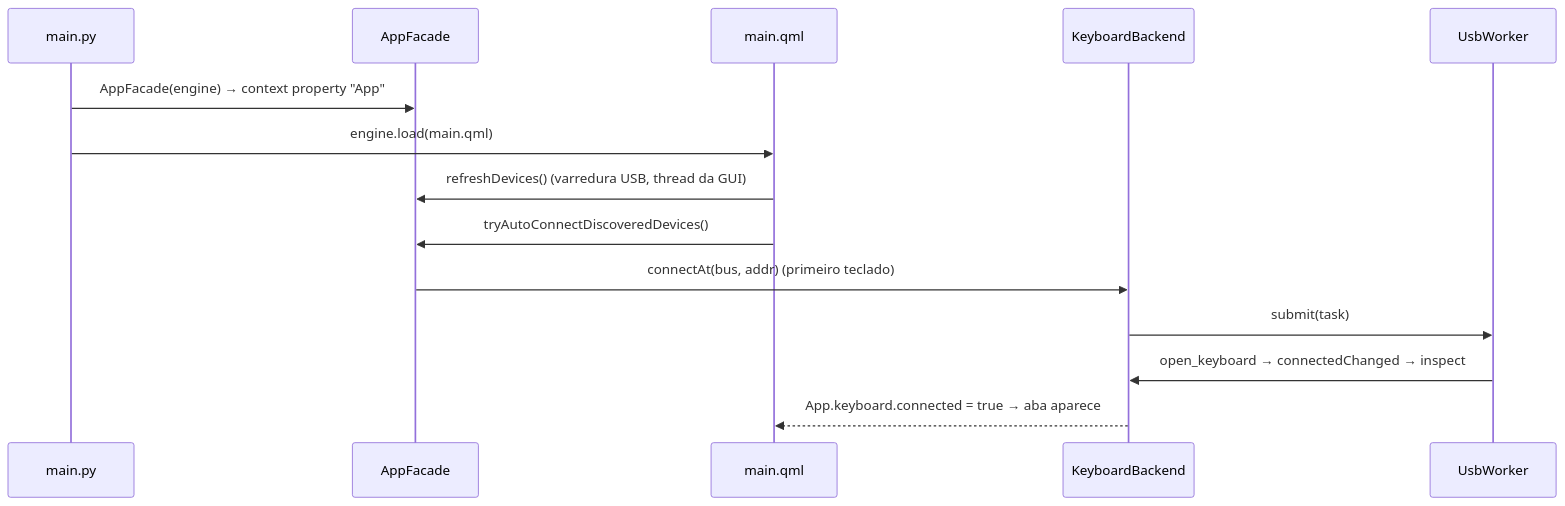
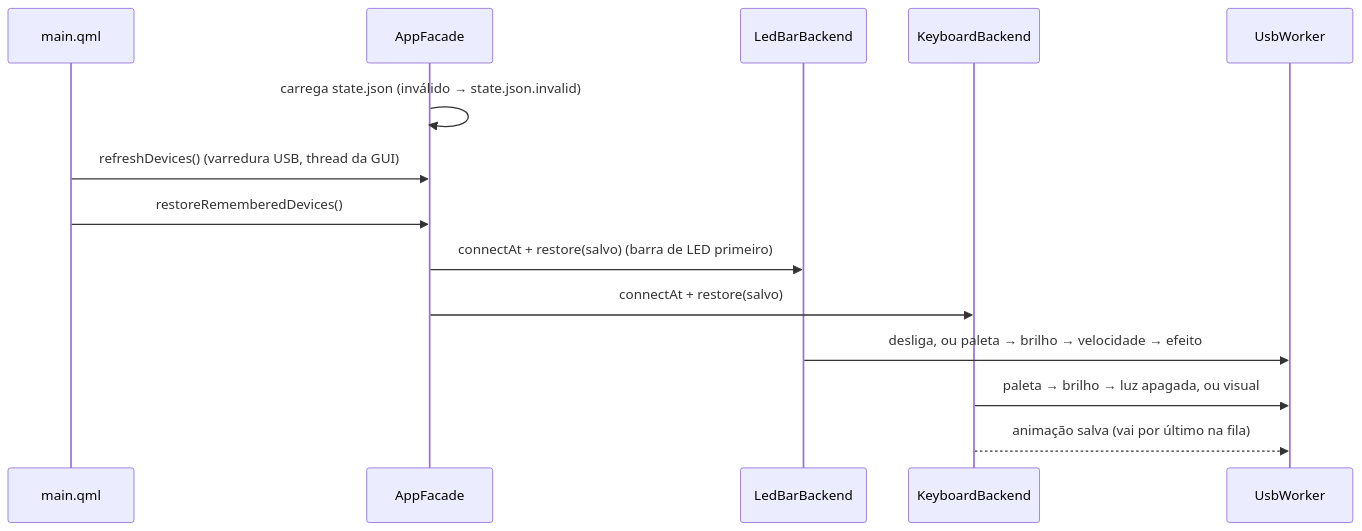
One commit to jillesmc/avell-storm-rgb-control changed the second of 7 diagrams in docs/FLOWS.pt-BR.md. Above: the diagram before and after it, drawn with Mermaid. The commit also changed other lines of this file and 18 other files, not shown here.

Commit message:
task_06: document remembered devices in both languages

````diff
--- a/docs/FLOWS.pt-BR.md
+++ b/docs/FLOWS.pt-BR.md
@@ -48,16 +48,16 @@
 ```mermaid
 sequenceDiagram
-    participant Main as main.py
+    participant Q as main.qml
     participant Fa as AppFacade
-    participant Q as main.qml
+    participant LB as LedBarBackend
     participant KB as KeyboardBackend
     participant W as UsbWorker
-    Main->>Fa: AppFacade(engine) → context property "App"
-    Main->>Q: engine.load(main.qml)
+    Fa->>Fa: carrega state.json (inválido → state.json.invalid)
     Q->>Fa: refreshDevices()  (varredura USB, thread da GUI)
-    Q->>Fa: tryAutoConnectDiscoveredDevices()
-    Fa->>KB: connectAt(bus, addr)  (primeiro teclado)
-    KB->>W: submit(task)
-    W->>KB: open_keyboard → connectedChanged → inspect
-    KB-->>Q: App.keyboard.connected = true → aba aparece
+    Q->>Fa: restoreRememberedDevices()
+    Fa->>LB: connectAt + restore(salvo)  (barra de LED primeiro)
+    Fa->>KB: connectAt + restore(salvo)
+    LB->>W: desliga, ou paleta → brilho → velocidade → efeito
+    KB->>W: paleta → brilho → luz apagada, ou visual
+    KB-->>W: animação salva (vai por último na fila)
 ```
````
